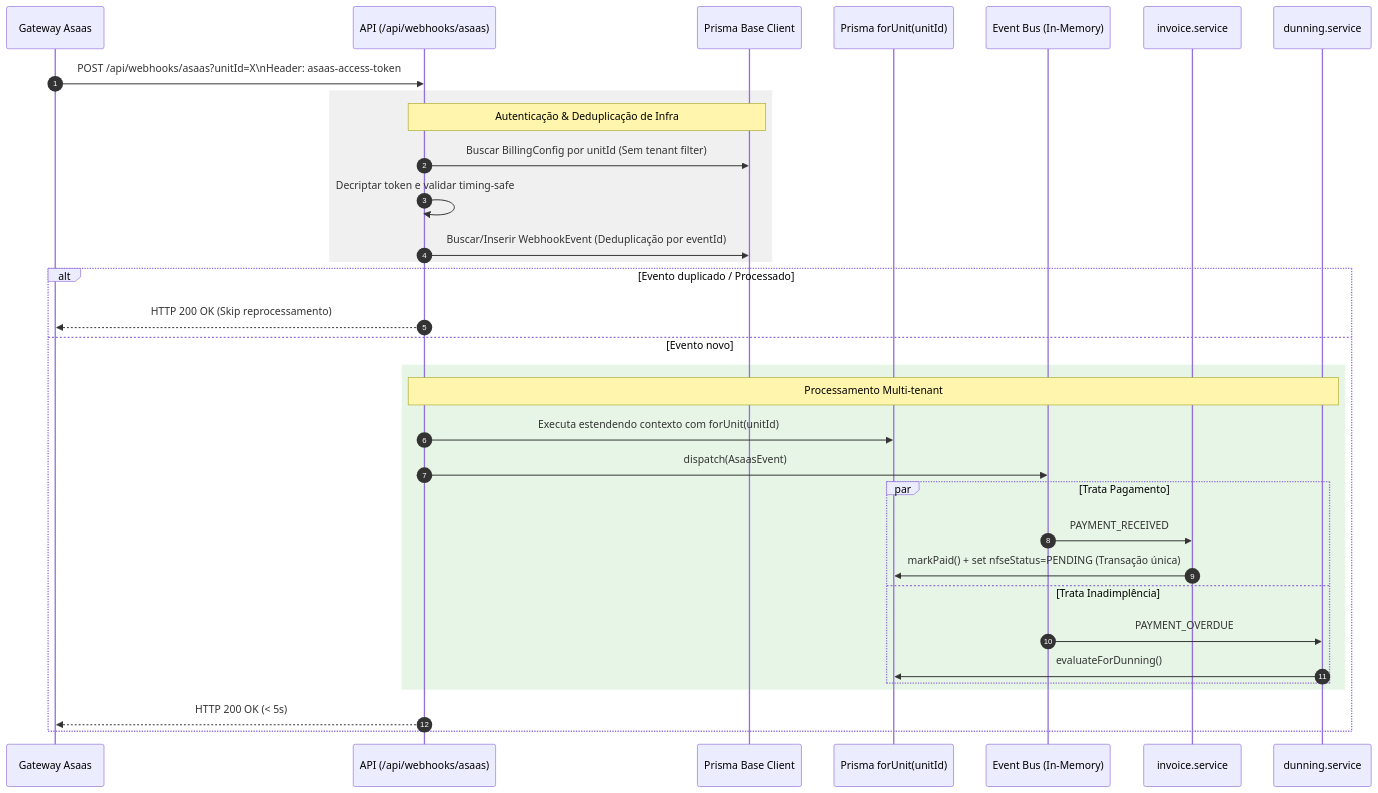
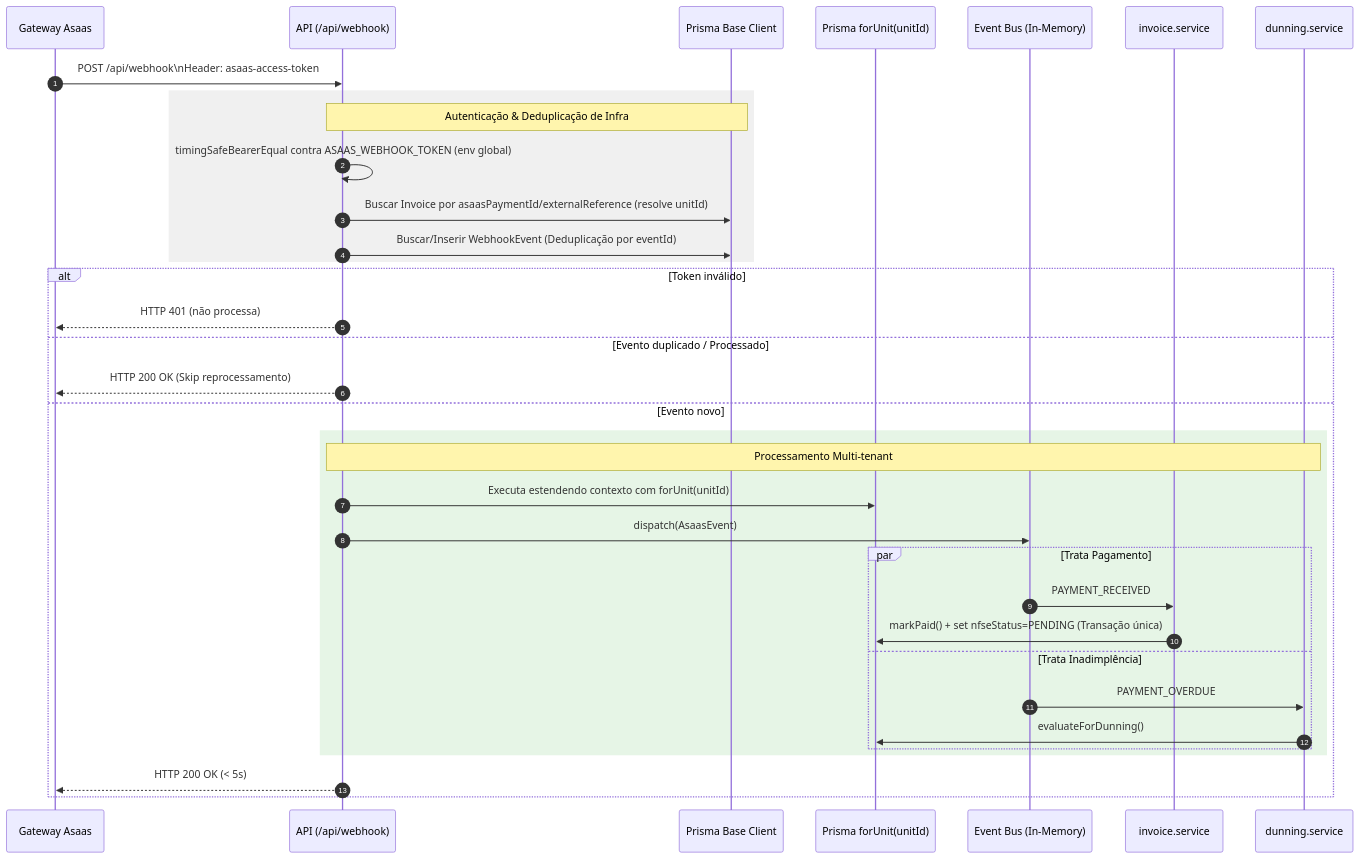
One commit to camillodev/education-x-mvp changed the second of 2 diagrams in docs/architecture/system-design-mvp.md. Above: the diagram before and after it, drawn with Mermaid. The commit also changed other lines of this file and 1 other file, not shown here.

First line of the commit message:
docs(billing): corrige system-design-mvp e middleware pro contrato real do webhook

````diff
--- a/docs/architecture/system-design-mvp.md
+++ b/docs/architecture/system-design-mvp.md
@@ -153,39 +157,41 @@
 ```mermaid
 sequenceDiagram
     autonumber
     participant Asaas as Gateway Asaas
-    participant Webhook as API (/api/webhooks/asaas)
+    participant Webhook as API (/api/webhook)
     participant BaseDB as Prisma Base Client
     participant TenantDB as Prisma forUnit(unitId)
     participant Bus as Event Bus (In-Memory)
     participant InvSvc as invoice.service
     participant DunSvc as dunning.service
 
-    Asaas->>Webhook: POST /api/webhooks/asaas?unitId=X\nHeader: asaas-access-token
+    Asaas->>Webhook: POST /api/webhook\nHeader: asaas-access-token
 
     rect rgb(240, 240, 240)
         Note over Webhook, BaseDB: Autenticação & Deduplicação de Infra
-        Webhook->>BaseDB: Buscar BillingConfig por unitId (Sem tenant filter)
-        Webhook->>Webhook: Decriptar token e validar timing-safe
+        Webhook->>Webhook: timingSafeBearerEqual contra ASAAS_WEBHOOK_TOKEN (env global)
+        Webhook->>BaseDB: Buscar Invoice por asaasPaymentId/externalReference (resolve unitId)
         Webhook->>BaseDB: Buscar/Inserir WebhookEvent (Deduplicação por eventId)
     end
 
-    alt Evento duplicado / Processado
+    alt Token inválido
+        Webhook-->>Asaas: HTTP 401 (não processa)
+    else Evento duplicado / Processado
         Webhook-->>Asaas: HTTP 200 OK (Skip reprocessamento)
     else Evento novo
         rect rgb(230, 245, 230)
             Note over Webhook, DunSvc: Processamento Multi-tenant
             Webhook->>TenantDB: Executa estendendo contexto com forUnit(unitId)
             Webhook->>Bus: dispatch(AsaasEvent)
 
             par Trata Pagamento
                 Bus->>InvSvc: PAYMENT_RECEIVED
                 InvSvc->>TenantDB: markPaid() + set nfseStatus=PENDING (Transação única)
             and Trata Inadimplência
                 Bus->>DunSvc: PAYMENT_OVERDUE
                 DunSvc->>TenantDB: evaluateForDunning()
             end
         end
         Webhook-->>Asaas: HTTP 200 OK (< 5s)
     end
 ```
````
